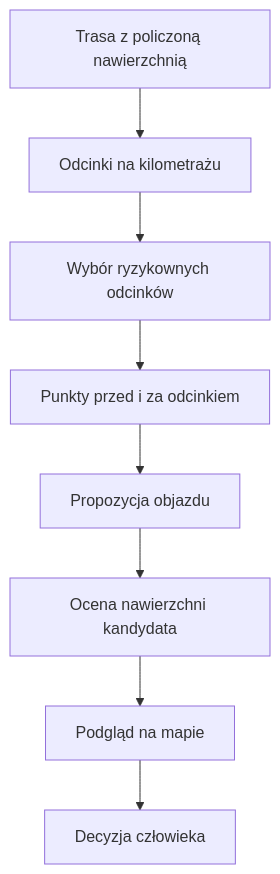
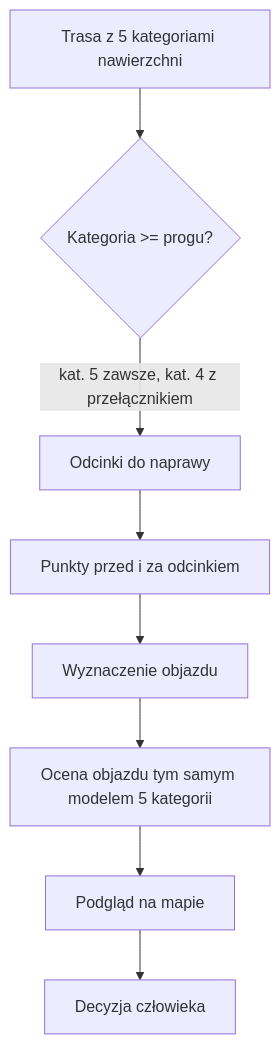
The diagram in docs/wiki/trasy/naprawa-tras.md (QbotMS/QbotQ), drawn with Mermaid before and after one commit. The commit also changed other lines of this file and 6 other files, not shown here.

First line of the commit message:
Naprawa trasy etap 1: odcinki i objazdy oceniane 5 kategoriami z Analizy trasy (kat.4 przelacznikiem), 409 dla tras bez kategorii, kotwice na krancach, UA Valhalli; dok.+wiki

````diff
--- a/docs/wiki/trasy/naprawa-tras.md
+++ b/docs/wiki/trasy/naprawa-tras.md
@@ -33,10 +33,10 @@
 ```mermaid
 flowchart TD
-  Store[Trasa z policzoną nawierzchnią] --> Segments[Odcinki na kilometrażu]
-  Segments --> Risk[Wybór ryzykownych odcinków]
+  Store[Trasa z 5 kategoriami nawierzchni] --> Prog{Kategoria >= progu?}
+  Prog -->|kat. 5 zawsze, kat. 4 z przełącznikiem| Risk[Odcinki do naprawy]
   Risk --> Anchors[Punkty przed i za odcinkiem]
-  Anchors --> Valhalla[Propozycja objazdu]
-  Valhalla --> Check[Ocena nawierzchni kandydata]
-  Check --> Map[Podgląd na mapie]
+  Anchors --> Router[Wyznaczenie objazdu]
+  Router --> Judge[Ocena objazdu tym samym modelem 5 kategorii]
+  Judge --> Map[Podgląd na mapie]
   Map --> Human[Decyzja człowieka]
 ```
````
